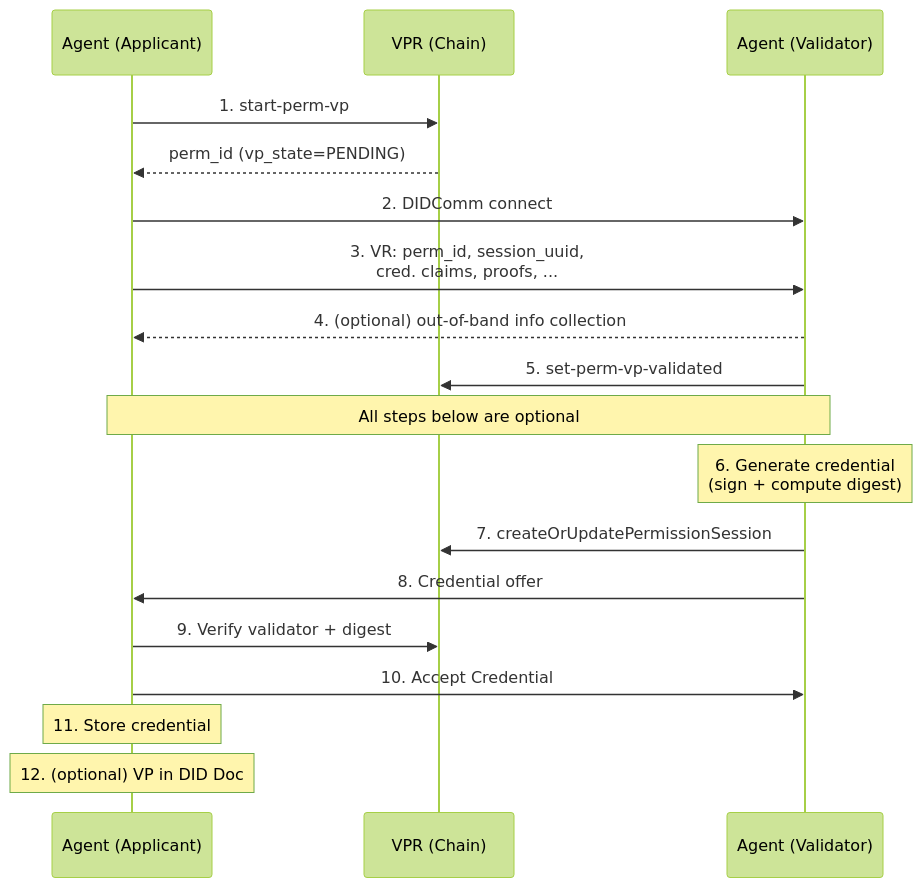
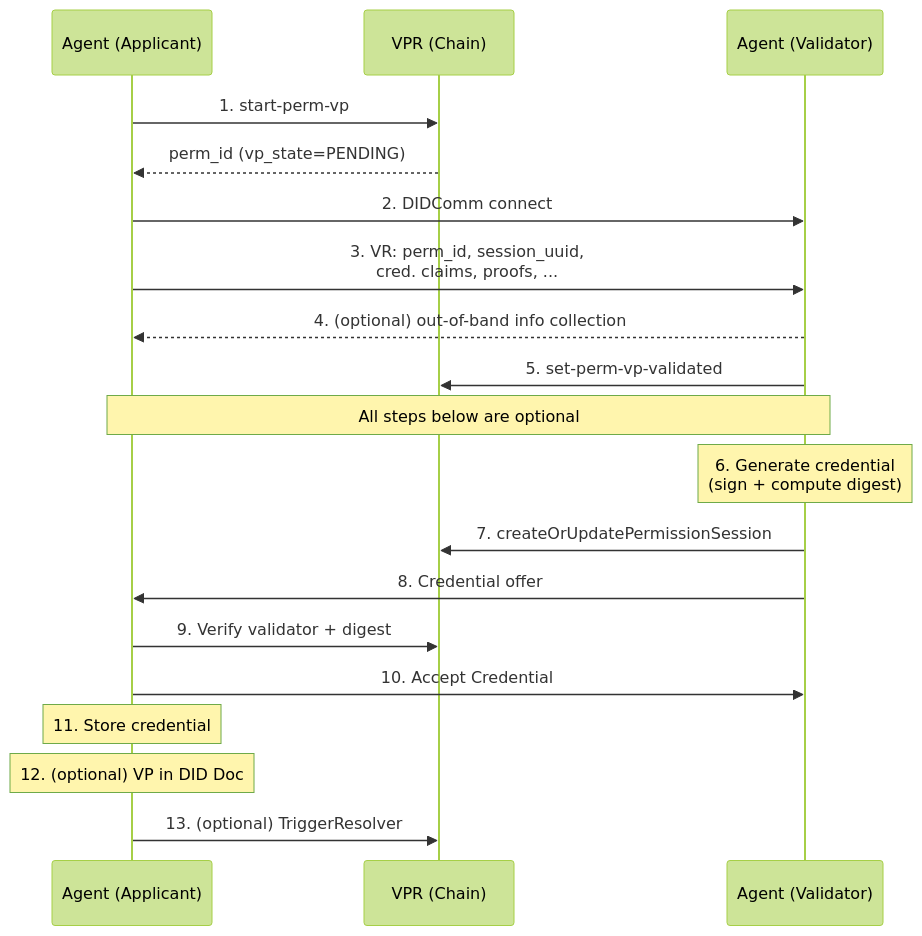
One commit to verana-labs/verana-spec changed the fourth of 10 diagrams in v4/vs-agent/spec.md. Above: the diagram before and after it, drawn with Mermaid (forest theme). The commit also changed other lines of this file, not shown here.

````diff
--- a/v4/vs-agent/spec.md
+++ b/v4/vs-agent/spec.md
@@ -323,23 +322,24 @@
 ```mermaid
 sequenceDiagram
     participant Applicant as Agent (Applicant)
     participant VPR as VPR (Chain)
     participant Validator as Agent (Validator)
 
     Applicant->>VPR: 1. start-perm-vp
     VPR-->>Applicant: perm_id (vp_state=PENDING)
     Applicant->>Validator: 2. DIDComm connect
     Applicant->>Validator: 3. VR: perm_id, session_uuid,<br/>cred. claims, proofs, ...
     Validator-->>Applicant: 4. (optional) out-of-band info collection
     Validator->>VPR: 5. set-perm-vp-validated
 
     Note over Applicant,Validator: All steps below are optional
 
     Note over Validator: 6. Generate credential<br/>(sign + compute digest)
     Validator->>VPR: 7. createOrUpdatePermissionSession
     Validator->>Applicant: 8. Credential offer
     Applicant->>VPR: 9. Verify validator + digest
     Applicant->>Validator: 10. Accept Credential
     Note over Applicant: 11. Store credential
     Note over Applicant: 12. (optional) VP in DID Doc
+    Applicant->>VPR: 13. (optional) TriggerResolver
 ```
````
